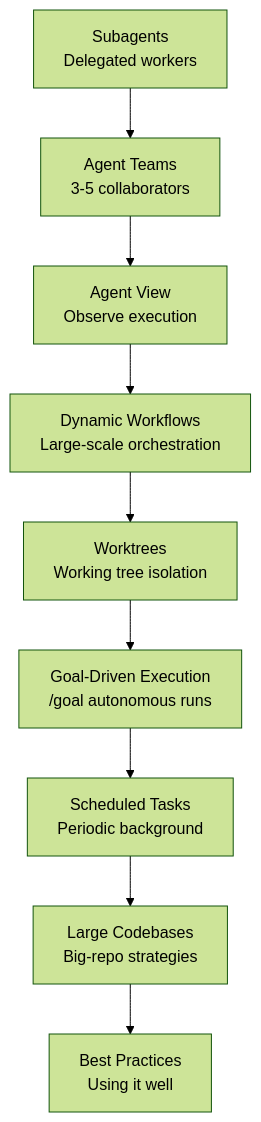
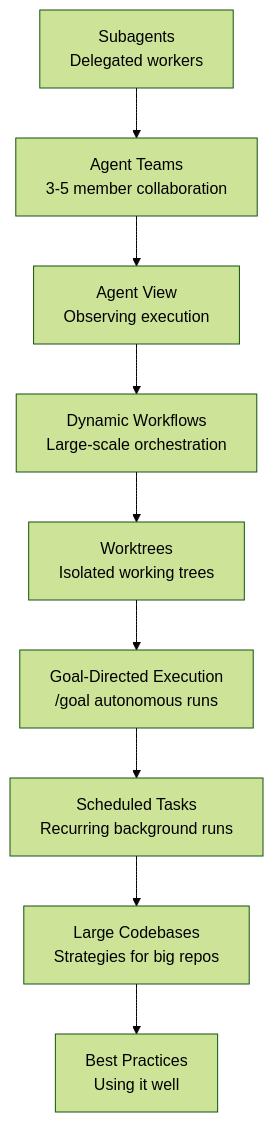
One commit to modu-ai/moai-adk changed the diagram in docs-site/content/en/claude-code/agentic/_index.md. Above: the diagram before and after it, drawn with Mermaid (forest theme). The commit also changed other lines of this file and 395 other files, not shown here.

````diff
--- a/docs-site/content/en/claude-code/agentic/_index.md
+++ b/docs-site/content/en/claude-code/agentic/_index.md
@@ -18,11 +18,11 @@
 ```mermaid
 flowchart TD
-    A[Subagents<br>Delegated workers] --> B[Agent Teams<br>3-5 collaborators]
-    B --> C[Agent View<br>Observe execution]
+    A[Subagents<br>Delegated workers] --> B[Agent Teams<br>3-5 member collaboration]
+    B --> C[Agent View<br>Observing execution]
     C --> D[Dynamic Workflows<br>Large-scale orchestration]
-    D --> E[Worktrees<br>Working tree isolation]
-    E --> F[Goal-Driven Execution<br>/goal autonomous runs]
-    F --> G[Scheduled Tasks<br>Periodic background]
-    G --> H[Large Codebases<br>Big-repo strategies]
+    D --> E[Worktrees<br>Isolated working trees]
+    E --> F[Goal-Directed Execution<br>/goal autonomous runs]
+    F --> G[Scheduled Tasks<br>Recurring background runs]
+    G --> H[Large Codebases<br>Strategies for big repos]
     H --> I[Best Practices<br>Using it well]
 ```
````
